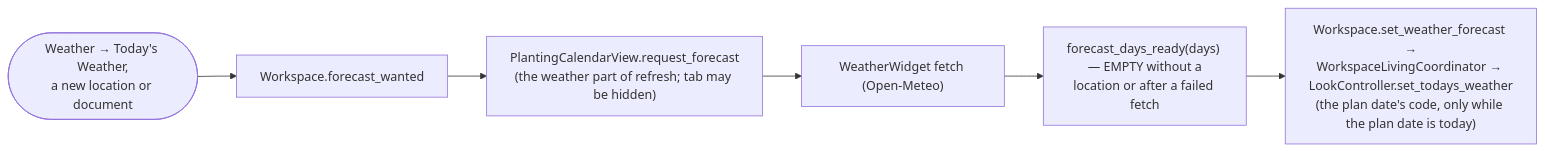
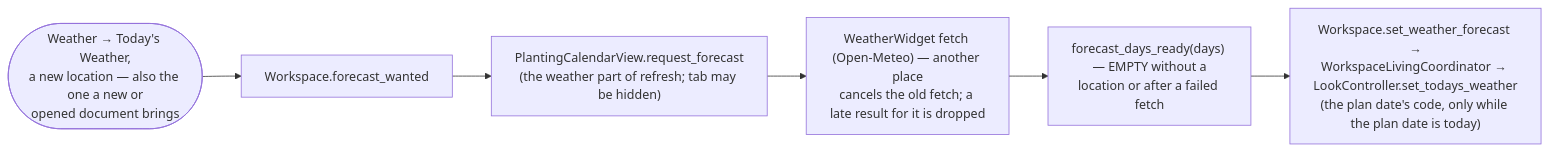
Before and after one commit to cofade/open-garden-planner: diagram 16 of 31 in docs/06-runtime-view/README.md, drawn with Mermaid. The commit also changed other lines of this file and 26 other files, not shown here.

First line of the commit message:
fix(#389): senior review round 2, 3D review round 3 - no old place's forecast, cloudy evenings, wet leaves

````diff
--- a/docs/06-runtime-view/README.md
+++ b/docs/06-runtime-view/README.md
@@ -447,10 +447,10 @@
 ```mermaid
 flowchart LR
-    C([Weather → Today's Weather,<br/>a new location or document])
+    C([Weather → Today's Weather,<br/>a new location — also the one a new or<br/>opened document brings])
     W["Workspace.forecast_wanted"]
     P["PlantingCalendarView.request_forecast<br/>(the weather part of refresh; tab may be hidden)"]
-    F["WeatherWidget fetch (Open-Meteo)"]
+    F["WeatherWidget fetch (Open-Meteo) — another place<br/>cancels the old fetch; a late result for it is dropped"]
     R["forecast_days_ready(days) — EMPTY without a<br/>location or after a failed fetch"]
     L["Workspace.set_weather_forecast →<br/>WorkspaceLivingCoordinator → LookController.set_todays_weather<br/>(the plan date's code, only while the plan date is today)"]
     C --> W --> P --> F --> R --> L
 ```
````
